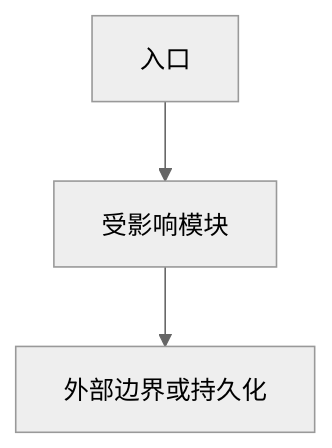
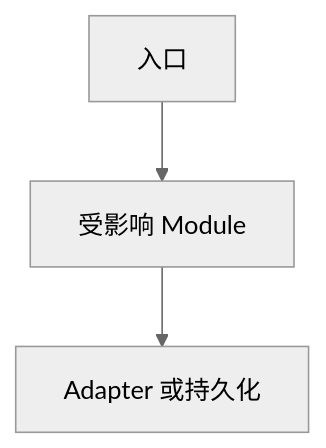
Before and after one commit to jerrywalker0435/pretty-ai-harness: the diagram in skills/pretty-writing-plan/assets/plan.md, drawn with Mermaid (neutral theme). The commit also changed other lines of this file and 48 other files, not shown here.

````diff
--- a/skills/pretty-writing-plan/assets/plan.md
+++ b/skills/pretty-writing-plan/assets/plan.md
@@ -5,5 +5,5 @@
 ```mermaid
 flowchart TD
-  A["入口"] --> B["受影响模块"]
-  B --> C["外部边界或持久化"]
+  A["入口"] --> B["受影响 Module"]
+  B --> C["Adapter 或持久化"]
 ```
````
